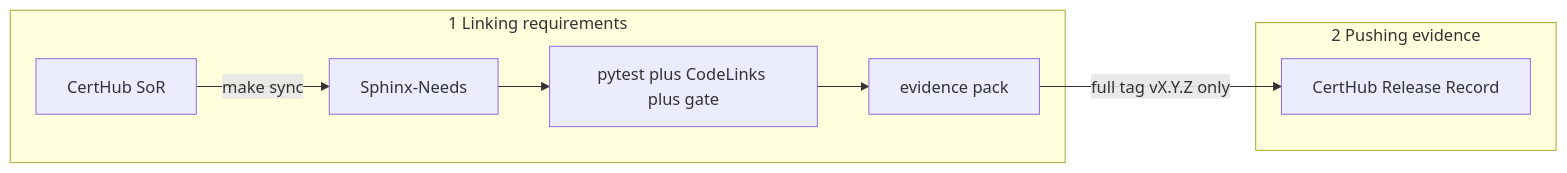
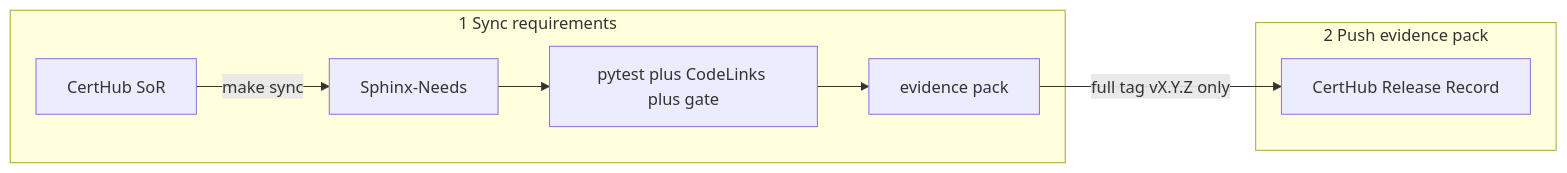
One commit to CertHubCode/certhub-useblocks-example changed the diagram in README.md. Above: the diagram before and after it, drawn with Mermaid. The commit also changed other lines of this file and 1 other file, not shown here.

````diff
--- a/README.md
+++ b/README.md
@@ -34,11 +45,11 @@
 ```mermaid
 flowchart LR
-  subgraph link [1 Linking requirements]
+  subgraph link [1 Sync requirements]
     CertHub[CertHub SoR] -->|make sync| Needs[Sphinx-Needs]
     Needs --> Gate[pytest plus CodeLinks plus gate]
     Gate --> Pack[evidence pack]
   end
-  subgraph push [2 Pushing evidence]
+  subgraph push [2 Push evidence pack]
     Pack -->|full tag vX.Y.Z only| Record[CertHub Release Record]
   end
 ```
````
